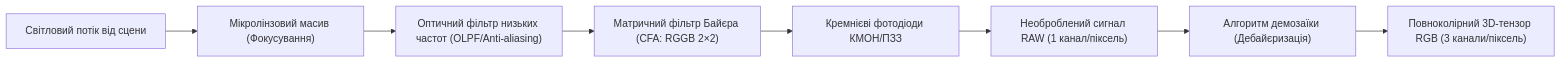
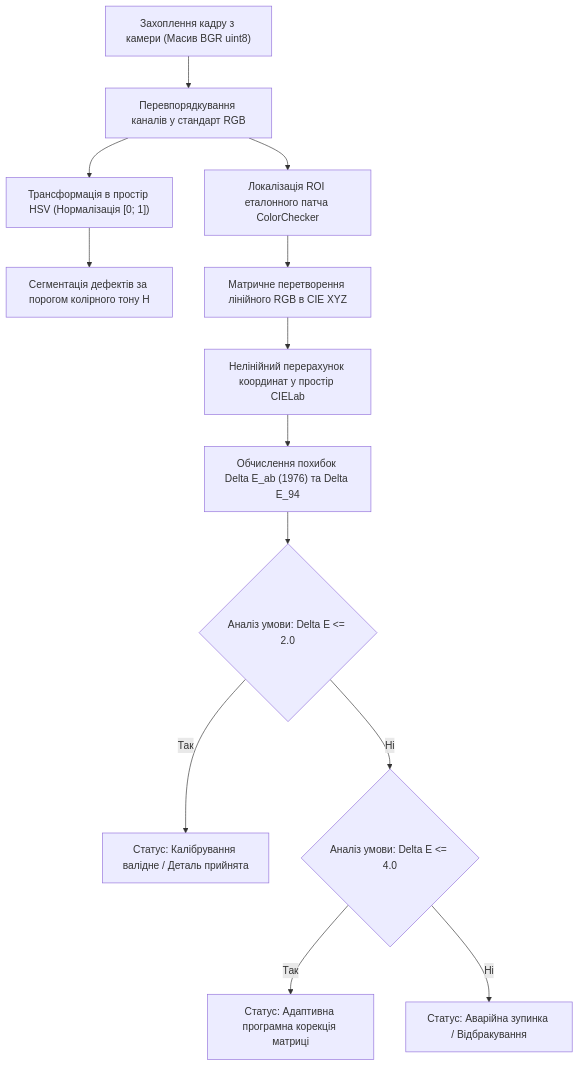
The fourth of 4 diagrams in docs/lk/lk5.md (KyryloVadurin/signal-image-processing), drawn with Mermaid before and after one commit. The commit also changed other lines of this file, not shown here.

````diff
--- a/docs/lk/lk5.md
+++ b/docs/lk/lk5.md
@@ -67,10 +404,15 @@
 ```mermaid
-flowchart LR
-    A["Світловий потік від сцени"] --> B["Мікролінзовий масив (Фокусування)"]
-    B --> C["Оптичний фільтр низьких частот (OLPF/Anti-aliasing)"]
-    C --> D["Матричний фільтр Байєра (CFA: RGGB 2×2)"]
-    D --> E["Кремнієві фотодіоди КМОН/ПЗЗ"]
-    E --> F["Необроблений сигнал RAW (1 канал/піксель)"]
-    F --> G["Алгоритм демозаїки (Дебайєризація)"]
-    G --> H["Повноколірний 3D-тензор RGB (3 канали/піксель)"]
+flowchart TD
+    A["Захоплення кадру з камери (Масив BGR uint8)"] --> B["Перевпорядкування каналів у стандарт RGB"]
+    B --> C["Трансформація в простір HSV (Нормалізація [0; 1])"]
+    C --> D["Сегментація дефектів за порогом колірного тону H"]
+    B --> E["Локалізація ROI еталонного патча ColorChecker"]
+    E --> F["Матричне перетворення лінійного RGB в CIE XYZ"]
+    F --> G["Нелінійний перерахунок координат у простір CIELab"]
+    G --> H["Обчислення похибок Delta E_ab (1976) та Delta E_94"]
+    H --> I{"Аналіз умови: Delta E <= 2.0"}
+    I -->|Так| J["Статус: Калібрування валідне / Деталь прийнята"]
+    I -->|Ні| K{"Аналіз умови: Delta E <= 4.0"}
+    K -->|Так| L["Статус: Адаптивна програмна корекція матриці"]
+    K -->|Ні| M["Статус: Аварійна зупинка / Відбракування"]
 ```
````
